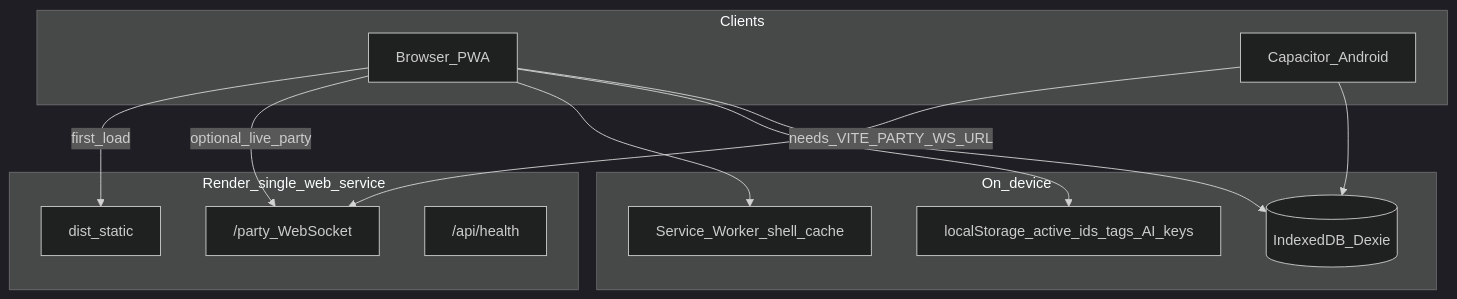
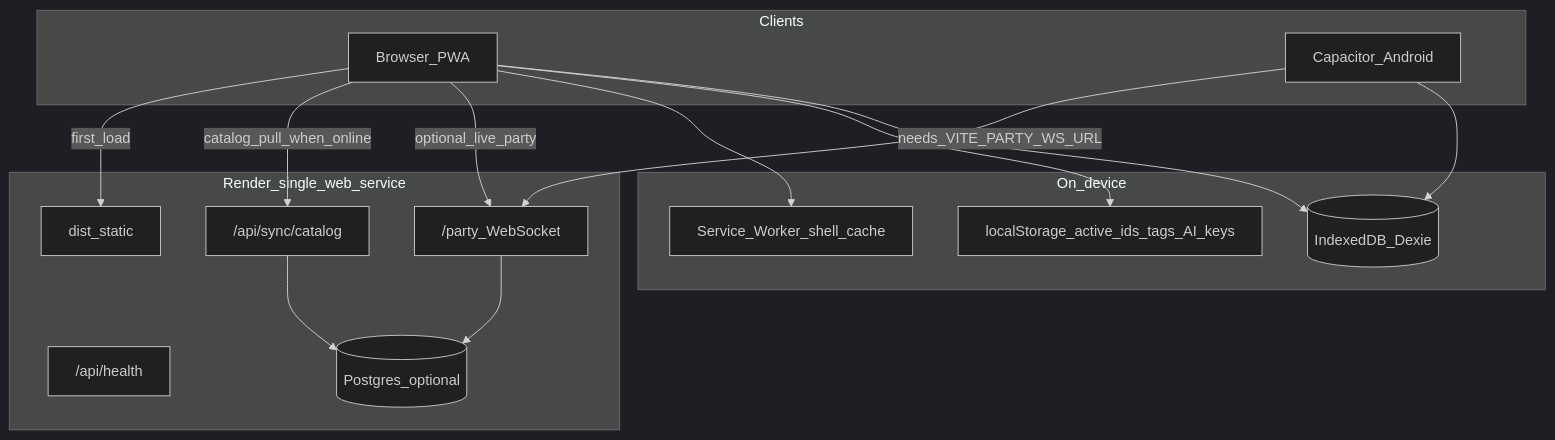
One commit to sonicdivx/con-floor-nav changed the diagram in docs/ARCHITECTURE.md. Above: the diagram before and after it, drawn with Mermaid (dark theme). The commit also changed other lines of this file and 13 other files, not shown here.

First line of the commit message:
Add dealer search, cloud catalog sync, and durable parties

````diff
--- a/docs/ARCHITECTURE.md
+++ b/docs/ARCHITECTURE.md
@@ -9,24 +9,29 @@
 ```mermaid
 flowchart TB
   subgraph clients [Clients]
     PWA[Browser_PWA]
     Cap[Capacitor_Android]
   end
   subgraph device [On_device]
     IDB[(IndexedDB_Dexie)]
     LS[localStorage_active_ids_tags_AI_keys]
     SW[Service_Worker_shell_cache]
   end
   subgraph render [Render_single_web_service]
     Static[dist_static]
     Party["/party_WebSocket"]
+    Sync["/api/sync/catalog"]
     Health["/api/health"]
+    PG[(Postgres_optional)]
   end
   PWA --> IDB
   Cap --> IDB
   PWA --> LS
   PWA --> SW
   PWA -->|optional_live_party| Party
   Cap -->|needs_VITE_PARTY_WS_URL| Party
+  PWA -->|catalog_pull_when_online| Sync
+  Sync --> PG
+  Party --> PG
   PWA -->|first_load| Static
 ```
````
